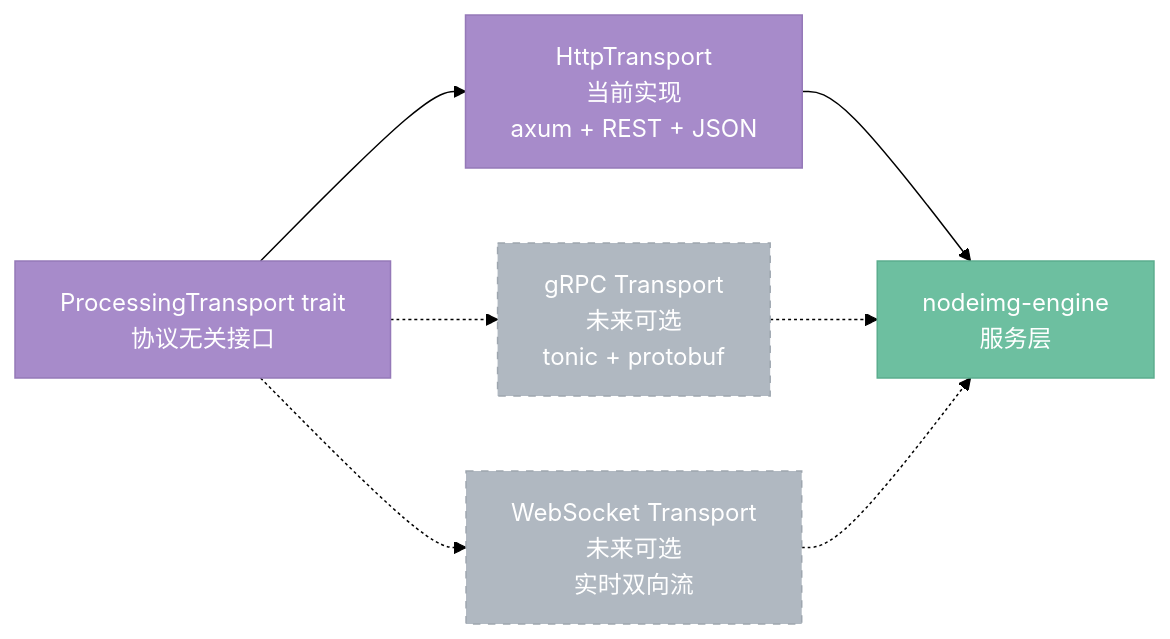
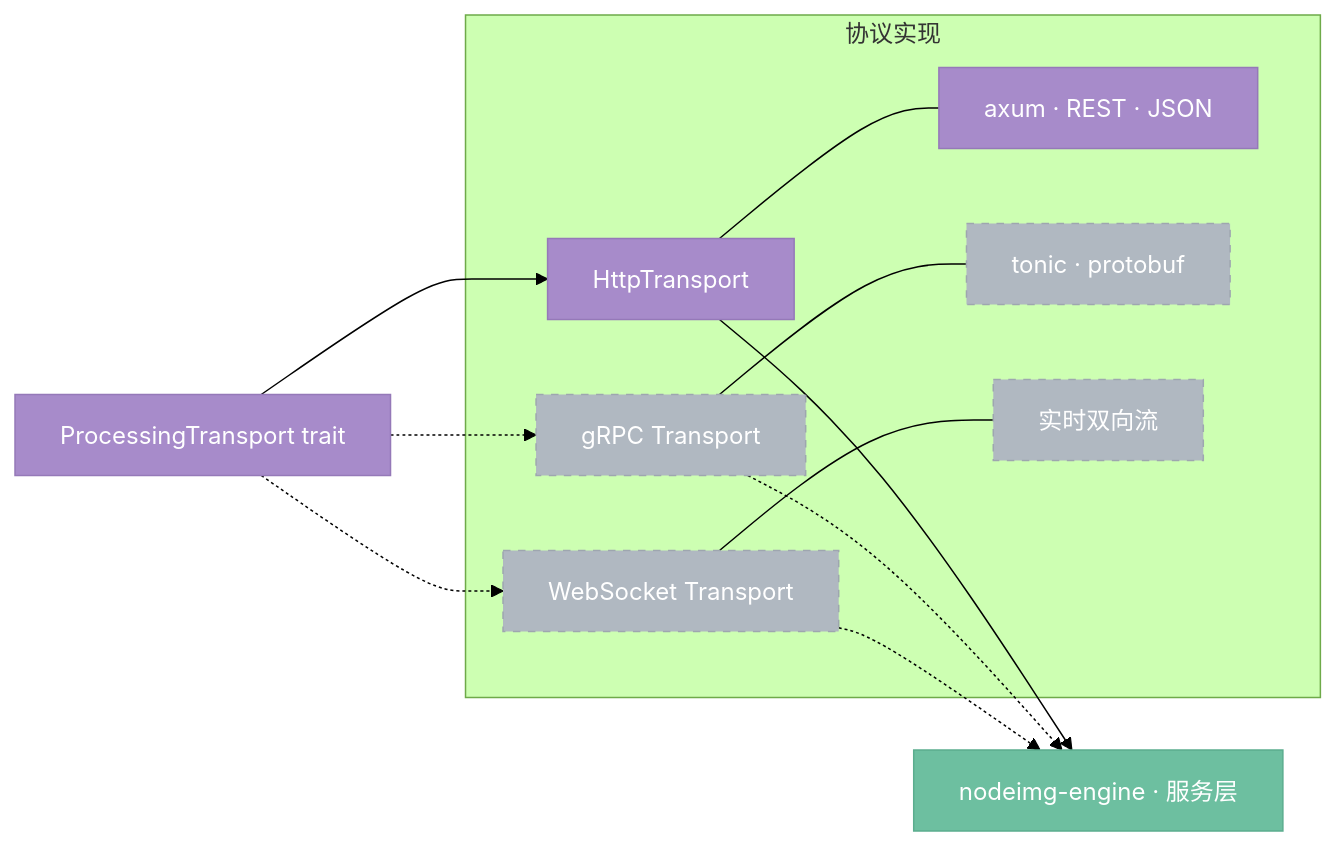
Before and after one commit to aporicho/nodeimg: the third of 3 diagrams in docs/target/04-transport.md, drawn with Mermaid (forest theme). The commit also changed other lines of this file and 18 other files, not shown here.

Commit message:
docs(target): v0 文档更新 + drawio 架构图

````diff
--- a/docs/target/04-transport.md
+++ b/docs/target/04-transport.md
@@ -197,22 +244,31 @@
 ```mermaid
 flowchart LR
     classDef transport fill:#A78BCA,stroke:#9579B8,color:#fff
     classDef service fill:#6DBFA0,stroke:#5BAD8E,color:#fff
     classDef future fill:#B0B8C1,stroke:#9EA6AF,color:#fff,stroke-dasharray:5 5
 
-    IFACE["ProcessingTransport trait\n协议无关接口"]:::transport
+    IFACE["ProcessingTransport trait"]:::transport
 
-    HTTP["HttpTransport\n当前实现\naxum + REST + JSON"]:::transport
-    GRPC["gRPC Transport\n未来可选\ntonic + protobuf"]:::future
-    WS["WebSocket Transport\n未来可选\n实时双向流"]:::future
+    subgraph IMPLS["协议实现"]
+        HTTP["HttpTransport"]:::transport
+        HTTP_TECH["axum · REST · JSON"]:::transport
+        GRPC["gRPC Transport"]:::future
+        GRPC_TECH["tonic · protobuf"]:::future
+        WS["WebSocket Transport"]:::future
+        WS_TECH["实时双向流"]:::future
+    end
 
     IFACE --> HTTP
     IFACE -.-> GRPC
     IFACE -.-> WS
 
-    ENGINE["nodeimg-engine\n服务层"]:::service
+    HTTP --- HTTP_TECH
+    GRPC --- GRPC_TECH
+    WS --- WS_TECH
+
+    ENGINE["nodeimg-engine · 服务层"]:::service
 
     HTTP --> ENGINE
     GRPC -.-> ENGINE
     WS -.-> ENGINE
 ```
````
